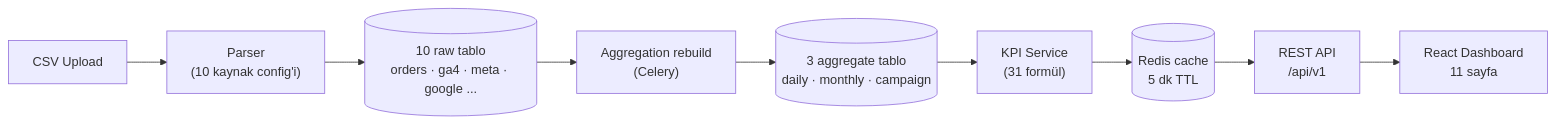
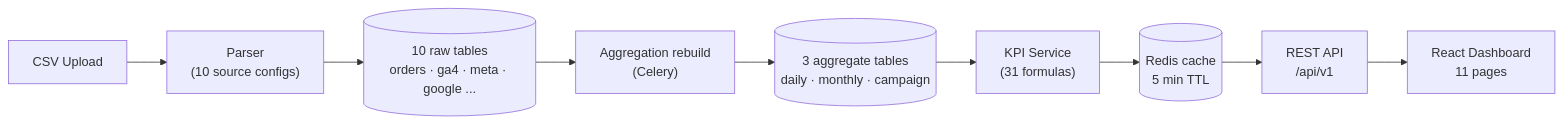
The diagram in README.md (ademyavuzz/sporthink-kpi-dashboard), drawn with Mermaid before and after one commit. The commit also changed other lines of this file, not shown here.

````diff
--- a/README.md
+++ b/README.md
@@ -83,11 +81,11 @@
 ```mermaid
 flowchart LR
-    CSV[CSV Upload] --> P["Parser<br/>(10 kaynak config'i)"]
-    P --> RAW[("10 raw tablo<br/>orders · ga4 · meta · google ...")]
+    CSV[CSV Upload] --> P["Parser<br/>(10 source configs)"]
+    P --> RAW[("10 raw tables<br/>orders · ga4 · meta · google ...")]
     RAW --> AGG["Aggregation rebuild<br/>(Celery)"]
-    AGG --> KPI[("3 aggregate tablo<br/>daily · monthly · campaign")]
-    KPI --> SVC["KPI Service<br/>(31 formül)"]
-    SVC --> CACHE[("Redis cache<br/>5 dk TTL")]
+    AGG --> KPI[("3 aggregate tables<br/>daily · monthly · campaign")]
+    KPI --> SVC["KPI Service<br/>(31 formulas)"]
+    SVC --> CACHE[("Redis cache<br/>5 min TTL")]
     CACHE --> API["REST API<br/>/api/v1"]
-    API --> UI["React Dashboard<br/>11 sayfa"]
+    API --> UI["React Dashboard<br/>11 pages"]
 ```
````
